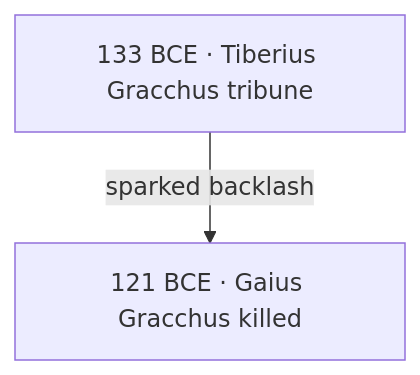
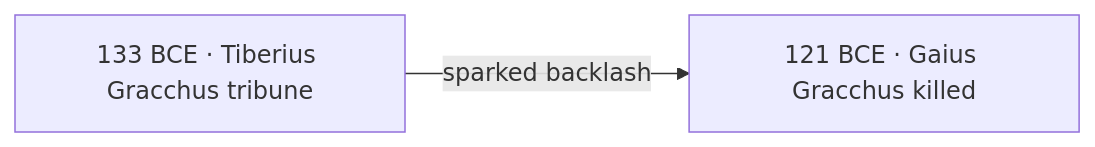
Before and after one commit to raunak51299/chronology-samajhiye: the diagram in skills/chronology-samajhiye/SKILL.md, drawn with Mermaid. The commit also changed other lines of this file and 8 other files, not shown here.

````diff
--- a/skills/chronology-samajhiye/SKILL.md
+++ b/skills/chronology-samajhiye/SKILL.md
@@ -154,4 +171,4 @@
   ```mermaid
-  flowchart TD
+  flowchart LR
     e1["133 BCE · Tiberius Gracchus tribune"] -->|sparked backlash| e2["121 BCE · Gaius Gracchus killed"]
   ```
````
